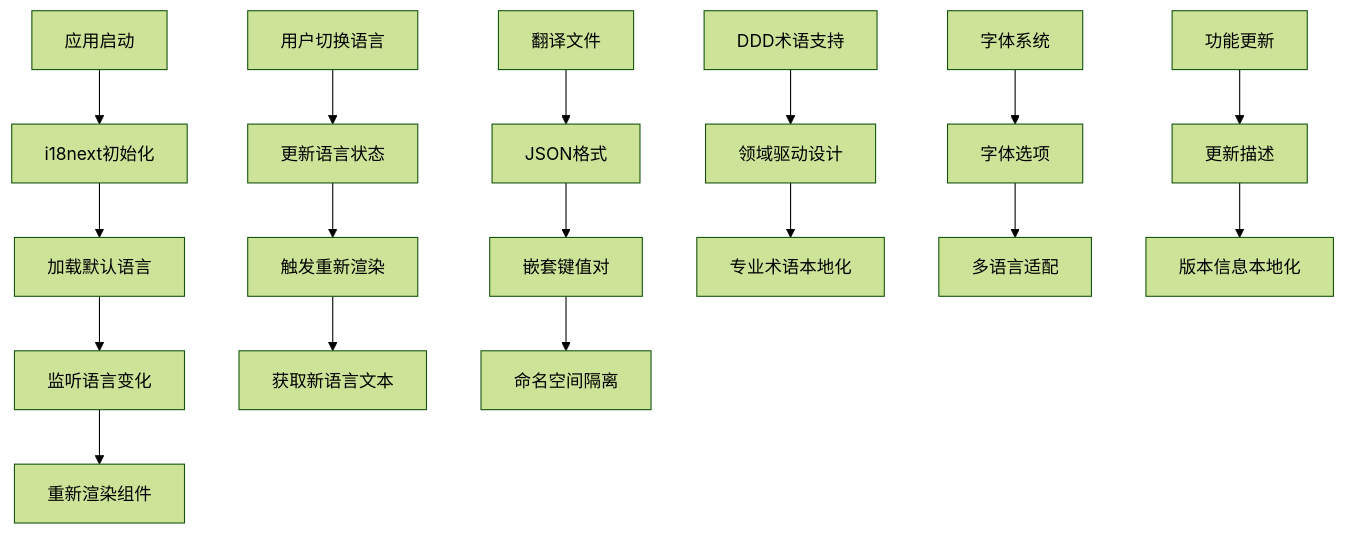
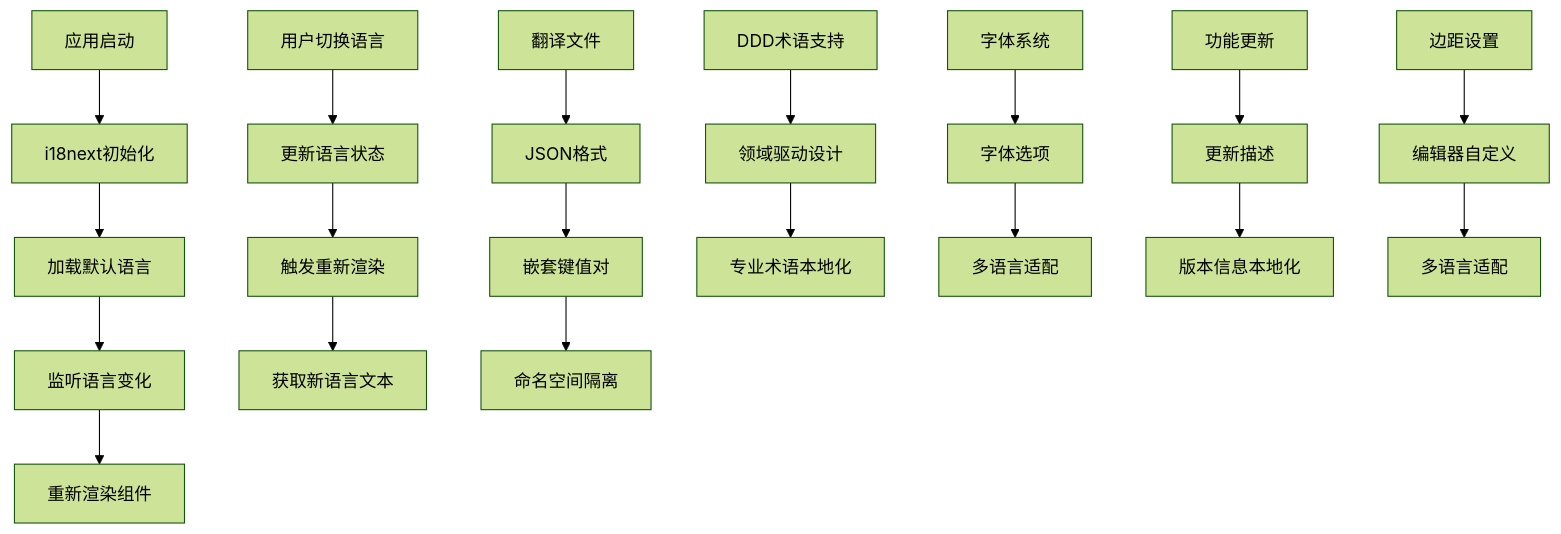
The first of 2 diagrams in .qoder/repowiki/zh/content/国际化.md (gongshiyun/ZenNote), drawn with Mermaid (forest theme) before and after one commit. The commit also changed other lines of this file and 30 other files, not shown here.

````diff
--- a/.qoder/repowiki/zh/content/国际化.md
+++ b/.qoder/repowiki/zh/content/国际化.md
@@ -44,19 +44,21 @@
 ```mermaid
 graph TD
 A[应用启动] --> B[i18next初始化]
 B --> C[加载默认语言]
 C --> D[监听语言变化]
 D --> E[重新渲染组件]
 F[用户切换语言] --> G[更新语言状态]
 G --> H[触发重新渲染]
 H --> I[获取新语言文本]
 J[翻译文件] --> K[JSON格式]
 K --> L[嵌套键值对]
 L --> M[命名空间隔离]
 N[DDD术语支持] --> O[领域驱动设计]
 O --> P[专业术语本地化]
 Q[字体系统] --> R[字体选项]
 R --> S[多语言适配]
 T[功能更新] --> U[更新描述]
 U --> V[版本信息本地化]
+W[边距设置] --> X[编辑器自定义]
+X --> Y[多语言适配]
 ```
````
